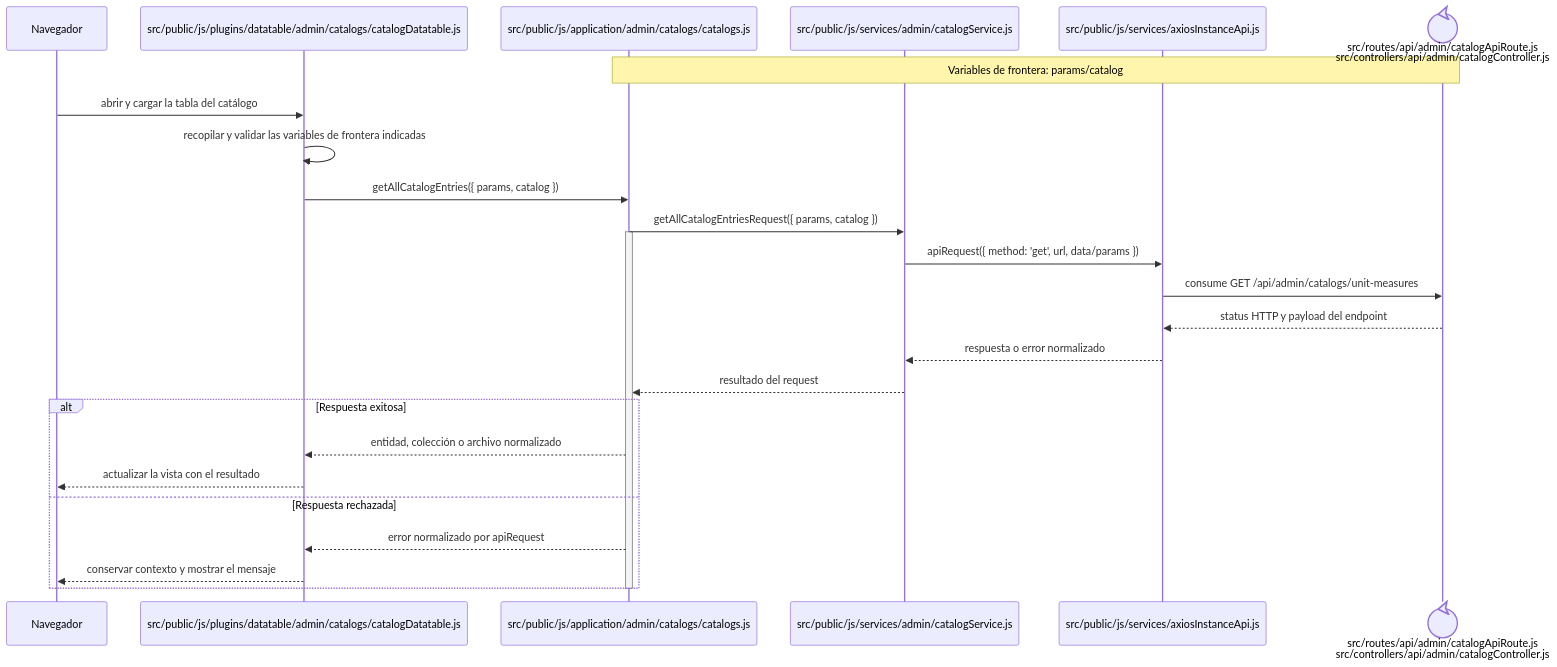
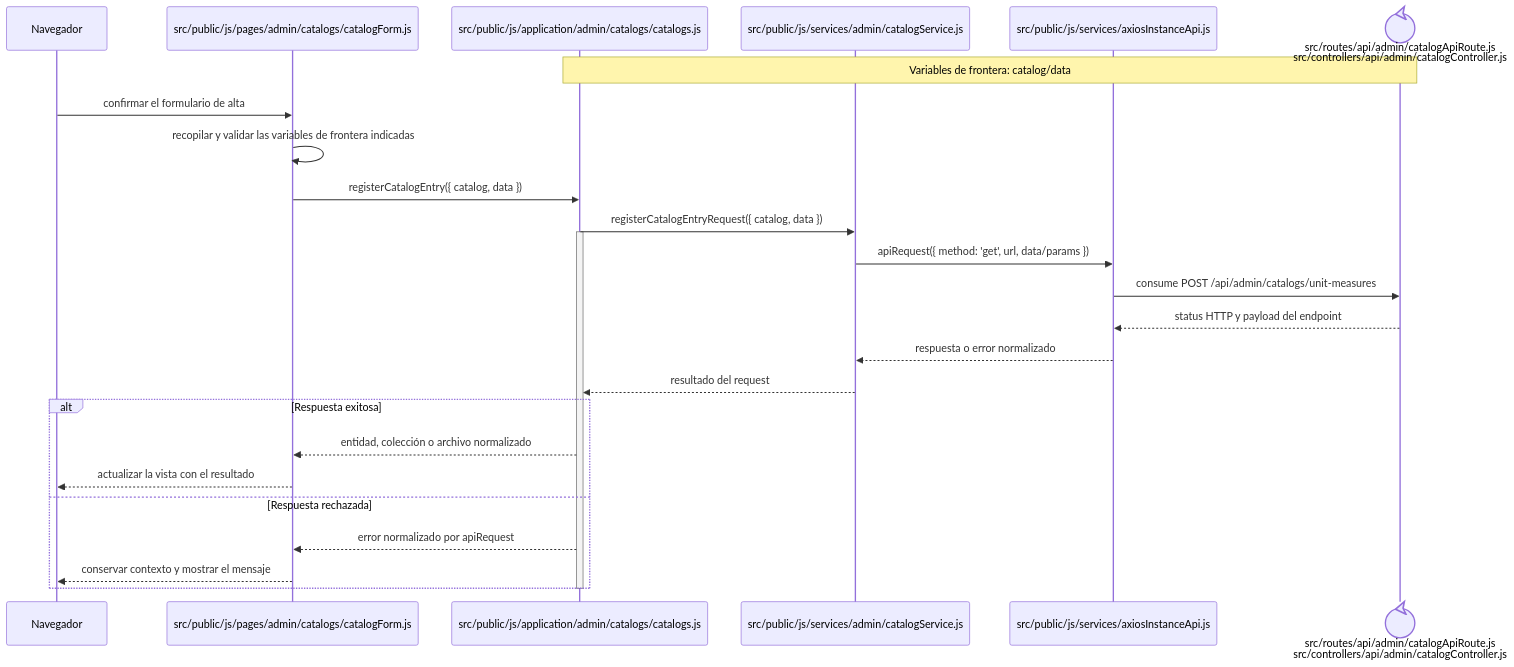
Before and after one commit to gpgsistemas01/nexus: the diagram in docs/architecture/frontend-code-sequences/catalogs/cu-cat-19.md, drawn with Mermaid. The commit also changed other lines of this file and 167 other files, not shown here.

````diff
--- a/docs/architecture/frontend-code-sequences/catalogs/cu-cat-19.md
+++ b/docs/architecture/frontend-code-sequences/catalogs/cu-cat-19.md
@@ -6,29 +6,29 @@
 ```mermaid
 sequenceDiagram
     participant Browser as Navegador
-    participant View as src/public/js/plugins/datatable/admin/catalogs/catalogDatatable.js
+    participant View as src/public/js/pages/admin/catalogs/catalogForm.js
     participant Application as src/public/js/application/admin/catalogs/catalogs.js
     participant Request as src/public/js/services/admin/catalogService.js
     participant HTTP as src/public/js/services/axiosInstanceApi.js
     participant Transport@{ "type": "control" } as src/routes/api/admin/catalogApiRoute.js<br/>src/controllers/api/admin/catalogController.js
-    Note over Application,Transport: Variables de frontera: params/catalog
+    Note over Application,Transport: Variables de frontera: catalog/data
 
-    Browser->>View: abrir y cargar la tabla del catálogo
+    Browser->>View: confirmar el formulario de alta
     View->>View: recopilar y validar las variables de frontera indicadas
-    View->>Application: getAllCatalogEntries({ params, catalog })
-    Application->>Request: getAllCatalogEntriesRequest({ params, catalog })
+    View->>Application: registerCatalogEntry({ catalog, data })
+    Application->>Request: registerCatalogEntryRequest({ catalog, data })
     activate Application
     Request->>HTTP: apiRequest({ method: 'get', url, data/params })
-    HTTP->>Transport: consume GET /api/admin/catalogs/unit-measures
+    HTTP->>Transport: consume POST /api/admin/catalogs/unit-measures
     Transport-->>HTTP: status HTTP y payload del endpoint
     HTTP-->>Request: respuesta o error normalizado
     Request-->>Application: resultado del request
     alt Respuesta exitosa
         Application-->>View: entidad, colección o archivo normalizado
         View-->>Browser: actualizar la vista con el resultado
     else Respuesta rechazada
         Application-->>View: error normalizado por apiRequest
         View-->>Browser: conservar contexto y mostrar el mensaje
     end
     deactivate Application
 ```
````
